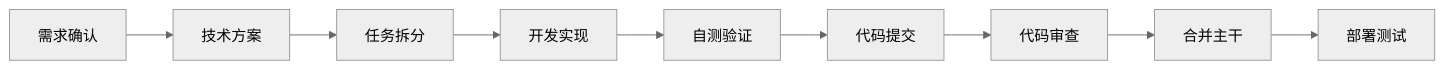
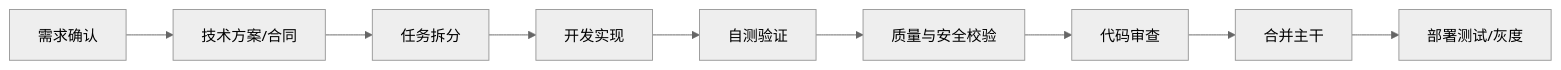
One commit to flydrm/AIEDU-WEB changed the first of 2 diagrams in sop/05-development-process.md. Above: the diagram before and after it, drawn with Mermaid (neutral theme). The commit also changed other lines of this file and 6 other files, not shown here.

Commit message:
docs(web-sop): convert SOP to Python 3.11 web (README, SUMMARY, architecture, development, code-review)

````diff
--- a/sop/05-development-process.md
+++ b/sop/05-development-process.md
@@ -8,11 +8,11 @@
 ```mermaid
 graph LR
-    A[需求确认] --> B[技术方案]
+    A[需求确认] --> B[技术方案/合同]
     B --> C[任务拆分]
     C --> D[开发实现]
     D --> E[自测验证]
-    E --> F[代码提交]
+    E --> F[质量与安全校验]
     F --> G[代码审查]
     G --> H[合并主干]
-    H --> I[部署测试]
+    H --> I[部署测试/灰度]
 ```
````
